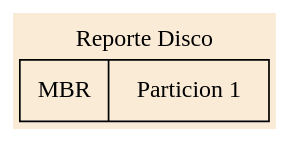
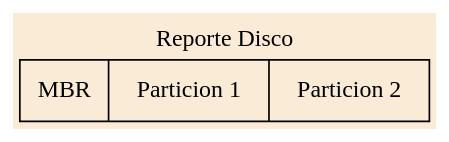
The diagram in Reportes/ReporteGraphviz.dot (Ssolares0/MIA_P1_202004822), drawn with Graphviz before and after one commit. The commit also changed 14 other files, not shown here.

```diff
--- a/Reportes/ReporteGraphviz.dot
+++ b/Reportes/ReporteGraphviz.dot
@@ -1,2 +1,2 @@
-digraph grid {bgcolor="antiquewhite" fontname="Comic Sans MS " label=" Reporte Disco"layout=dot labelloc = "t"edge [weigth=1000 style=dashed color=red4 dir = "both" arrowtail="open" arrowhead="open"]node[shape=record, color=black]a0[label="MBR|Particion 1"];
+digraph grid {bgcolor="antiquewhite" fontname="Comic Sans MS " label=" Reporte Disco"layout=dot labelloc = "t"edge [weigth=1000 style=dashed color=red4 dir = "both" arrowtail="open" arrowhead="open"]node[shape=record, color=black]a0[label="MBR|Particion 1|Particion 2"];
 }
```
